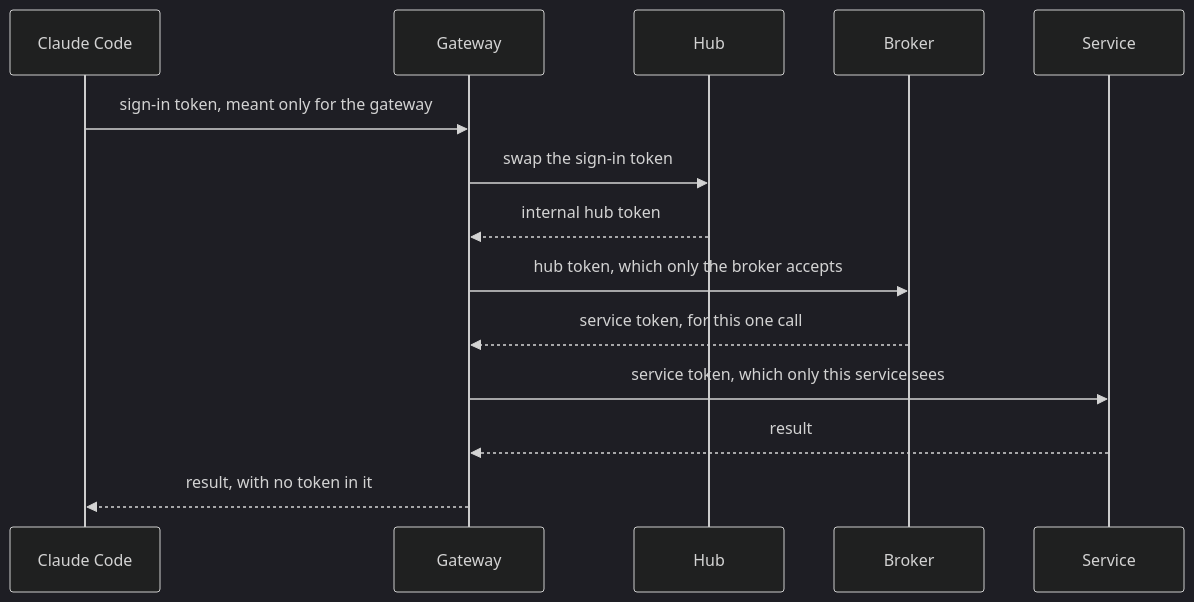
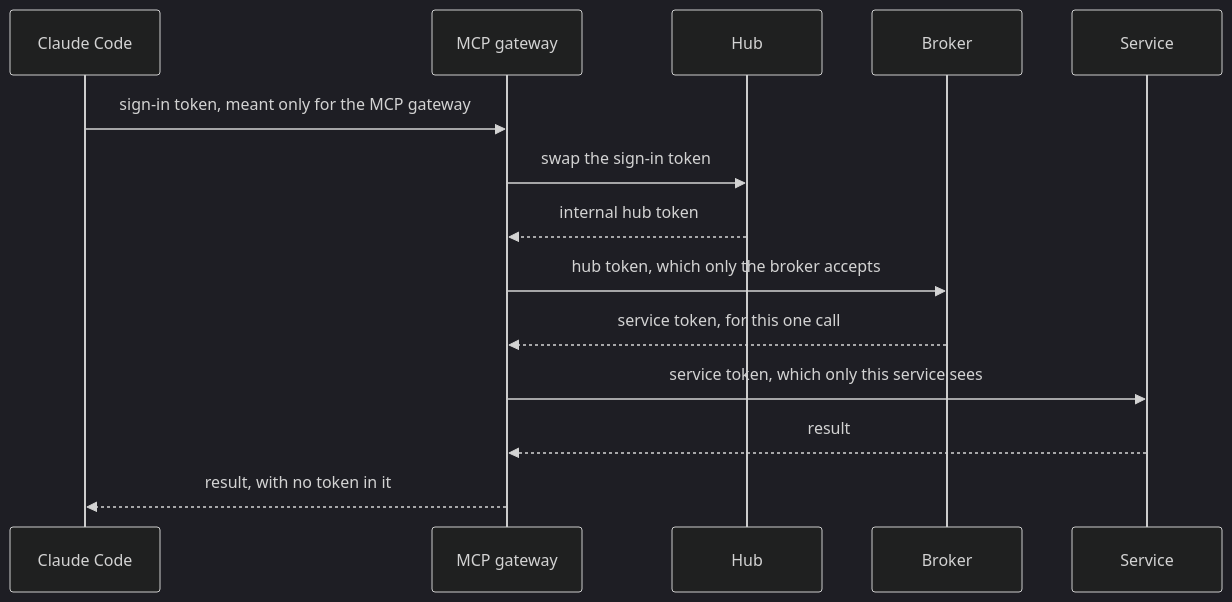
Before and after one commit to chief-builder/vendor-token-broker: the second of 5 diagrams in docs/overview.md, drawn with Mermaid (dark theme). The commit also changed other lines of this file and 3 other files, not shown here.

Commit message:
docs: call the gateway the MCP gateway in diagrams

````diff
--- a/docs/overview.md
+++ b/docs/overview.md
@@ -50,16 +50,16 @@
 ```mermaid
 sequenceDiagram
     participant C as Claude Code
-    participant G as Gateway
+    participant G as MCP gateway
     participant H as Hub
     participant B as Broker
     participant S as Service
-    C->>G: sign-in token, meant only for the gateway
+    C->>G: sign-in token, meant only for the MCP gateway
     G->>H: swap the sign-in token
     H-->>G: internal hub token
     G->>B: hub token, which only the broker accepts
     B-->>G: service token, for this one call
     G->>S: service token, which only this service sees
     S-->>G: result
     G-->>C: result, with no token in it
 ```
````
